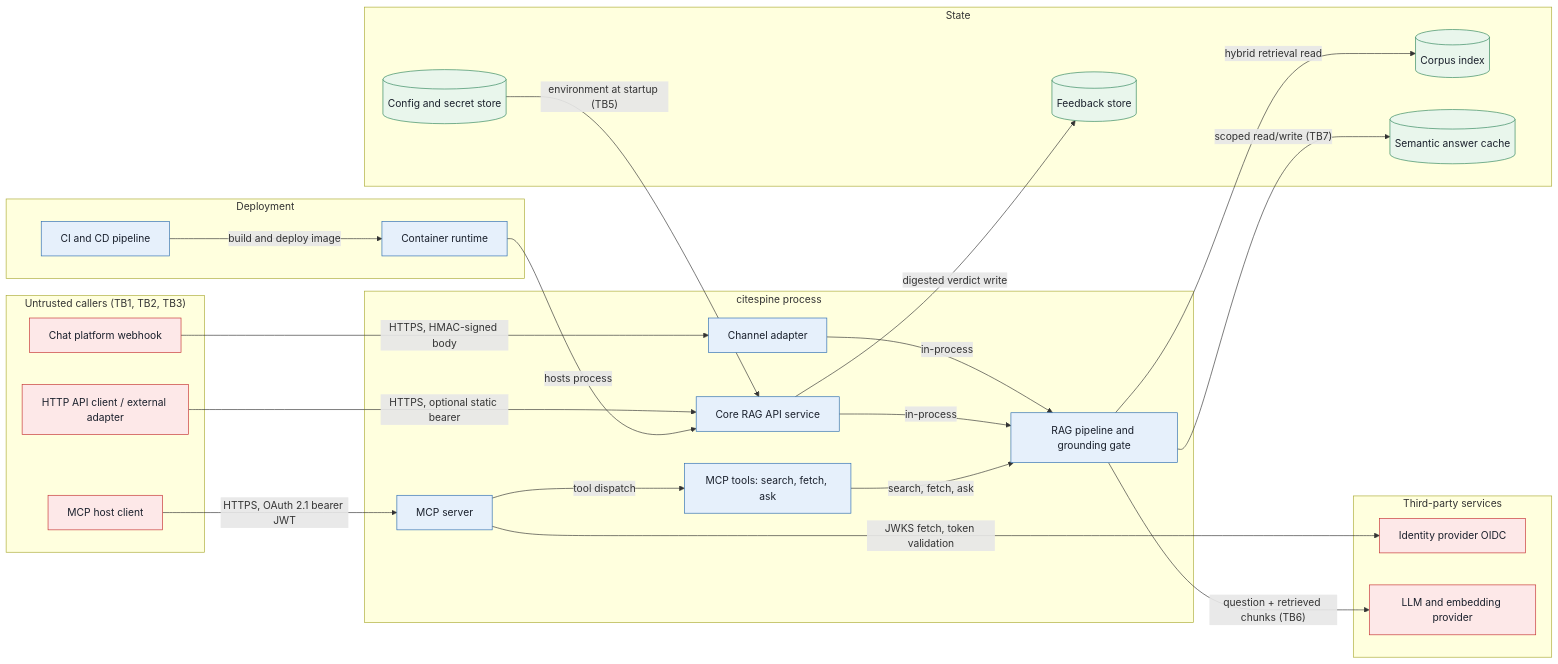
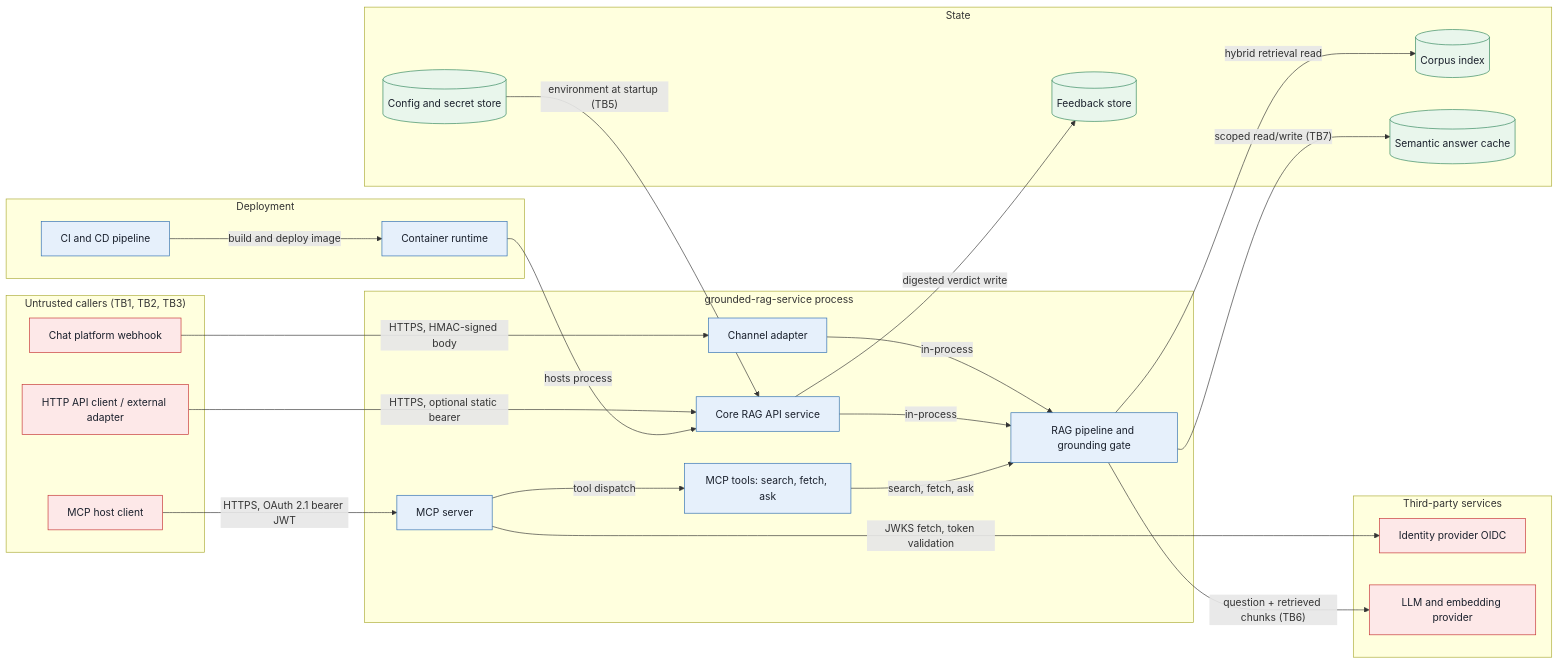
One commit to sergioemancinas/grounded-rag-service changed the diagram in docs/THREAT-MODEL.md. Above: the diagram before and after it, drawn with Mermaid. The commit also changed other lines of this file and 21 other files, not shown here.

First line of the commit message:
Rename the project to grounded-rag-service

````diff
--- a/docs/THREAT-MODEL.md
+++ b/docs/THREAT-MODEL.md
@@ -35,56 +35,56 @@
 ```mermaid
 flowchart LR
   subgraph untrusted["Untrusted callers (TB1, TB2, TB3)"]
     chat[Chat platform webhook]
     client[HTTP API client / external adapter]
     mcpc[MCP host client]
   end
 
   subgraph third["Third-party services"]
     idp[Identity provider OIDC]
     llm[LLM and embedding provider]
   end
 
-  subgraph proc["citespine process"]
+  subgraph proc["grounded-rag-service process"]
     adapter[Channel adapter]
     core[Core RAG API service]
     mcps[MCP server]
     tools[MCP tools: search, fetch, ask]
     pipe[RAG pipeline and grounding gate]
   end
 
   subgraph state["State"]
     index[(Corpus index)]
     cache[(Semantic answer cache)]
     fb[(Feedback store)]
     secrets[(Config and secret store)]
   end
 
   subgraph platform["Deployment"]
     container[Container runtime]
     cicd[CI and CD pipeline]
   end
 
   chat -->|"HTTPS, HMAC-signed body"| adapter
   client -->|"HTTPS, optional static bearer"| core
   mcpc -->|"HTTPS, OAuth 2.1 bearer JWT"| mcps
   mcps -->|"JWKS fetch, token validation"| idp
   mcps -->|tool dispatch| tools
   adapter -->|in-process| pipe
   core -->|in-process| pipe
   tools -->|search, fetch, ask| pipe
   pipe -->|"scoped read/write (TB7)"| cache
   pipe -->|hybrid retrieval read| index
   pipe -->|"question + retrieved chunks (TB6)"| llm
   core -->|digested verdict write| fb
   secrets -->|"environment at startup (TB5)"| core
   cicd -->|build and deploy image| container
   container -->|hosts process| core
 
   classDef ext fill:#fde8e8,stroke:#c53030,color:#1a202c
   classDef svc fill:#e6f0fb,stroke:#2b6cb0,color:#1a202c
   classDef ds fill:#e9f6ec,stroke:#2f855a,color:#1a202c
   class chat,client,mcpc,idp,llm ext
   class adapter,core,mcps,tools,pipe,container,cicd svc
   class index,cache,fb,secrets ds
 ```
````
